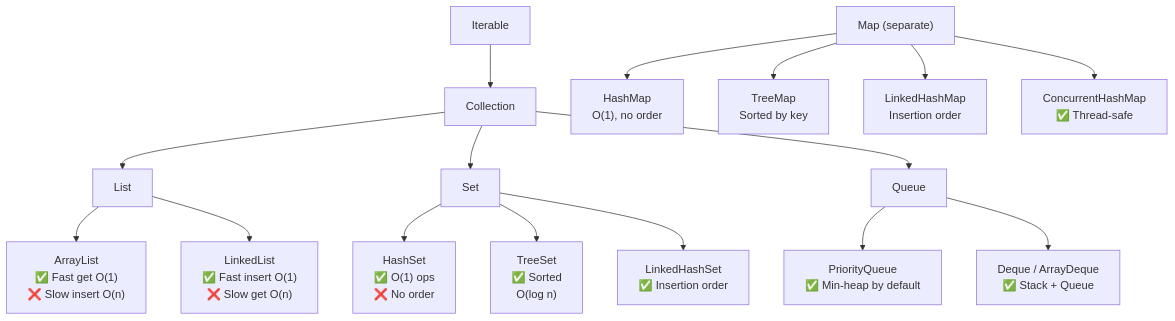
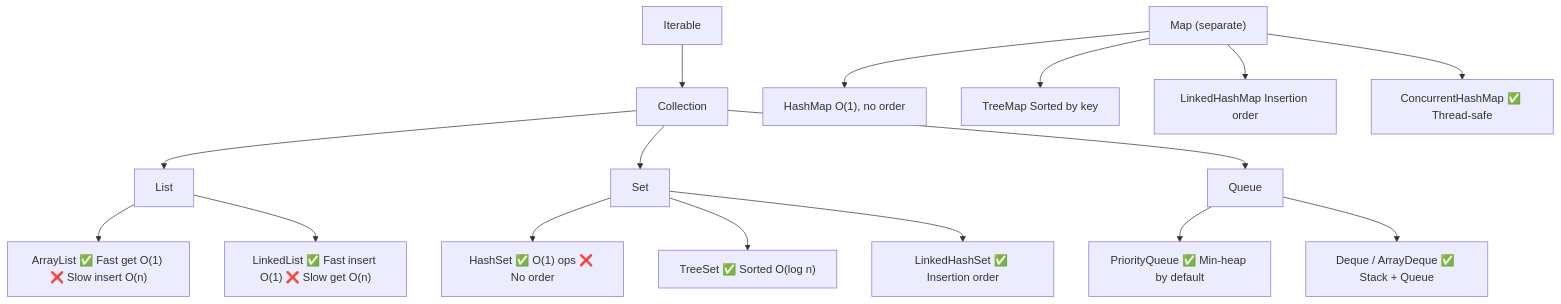
The third of 6 diagrams in java.md (naveenkumar1661997/notes), drawn with Mermaid before and after one commit. The commit also changed other lines of this file and 12 other files, not shown here.

```diff
--- a/java.md
+++ b/java.md
@@ -113,24 +97,24 @@
 <pre class="mermaid">
 flowchart TD
     CI["Iterable"]
     CI --> CO["Collection"]
     CO --> LIST["List"]
     CO --> SET["Set"]
     CO --> QUEUE["Queue"]
 
-    LIST --> AL["ArrayList\n✅ Fast get O(1)\n❌ Slow insert O(n)"]
-    LIST --> LL["LinkedList\n✅ Fast insert O(1)\n❌ Slow get O(n)"]
+    LIST --> AL["ArrayList ✅ Fast get O(1) ❌ Slow insert O(n)"]
+    LIST --> LL["LinkedList ✅ Fast insert O(1) ❌ Slow get O(n)"]
 
-    SET --> HS["HashSet\n✅ O(1) ops\n❌ No order"]
-    SET --> TS["TreeSet\n✅ Sorted\nO(log n)"]
-    SET --> LHS["LinkedHashSet\n✅ Insertion order"]
+    SET --> HS["HashSet ✅ O(1) ops ❌ No order"]
+    SET --> TS["TreeSet ✅ Sorted O(log n)"]
+    SET --> LHS["LinkedHashSet ✅ Insertion order"]
 
-    QUEUE --> PQ["PriorityQueue\n✅ Min-heap by default"]
-    QUEUE --> DQ["Deque / ArrayDeque\n✅ Stack + Queue"]
+    QUEUE --> PQ["PriorityQueue ✅ Min-heap by default"]
+    QUEUE --> DQ["Deque / ArrayDeque ✅ Stack + Queue"]
 
     MAP["Map (separate)"]
-    MAP --> HM["HashMap\nO(1), no order"]
-    MAP --> TM["TreeMap\nSorted by key"]
-    MAP --> LHM["LinkedHashMap\nInsertion order"]
-    MAP --> CHM["ConcurrentHashMap\n✅ Thread-safe"]
+    MAP --> HM["HashMap O(1), no order"]
+    MAP --> TM["TreeMap Sorted by key"]
+    MAP --> LHM["LinkedHashMap Insertion order"]
+    MAP --> CHM["ConcurrentHashMap ✅ Thread-safe"]
 </pre>
```
